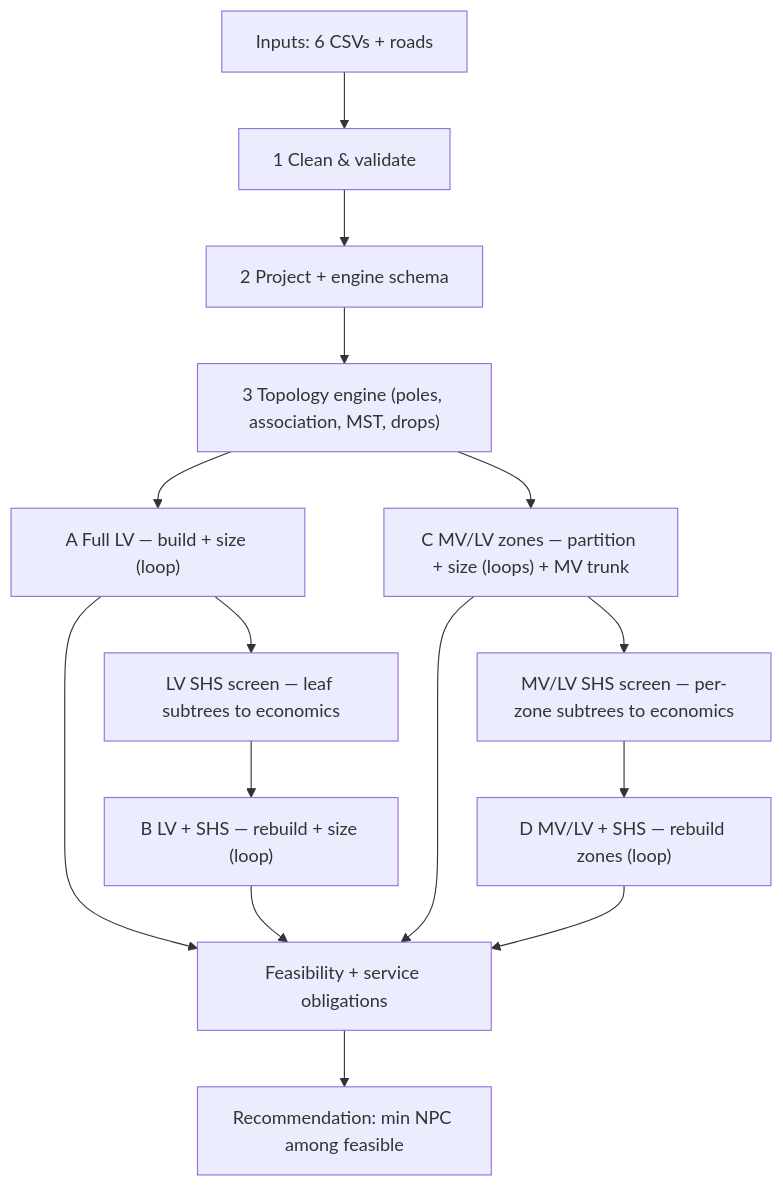
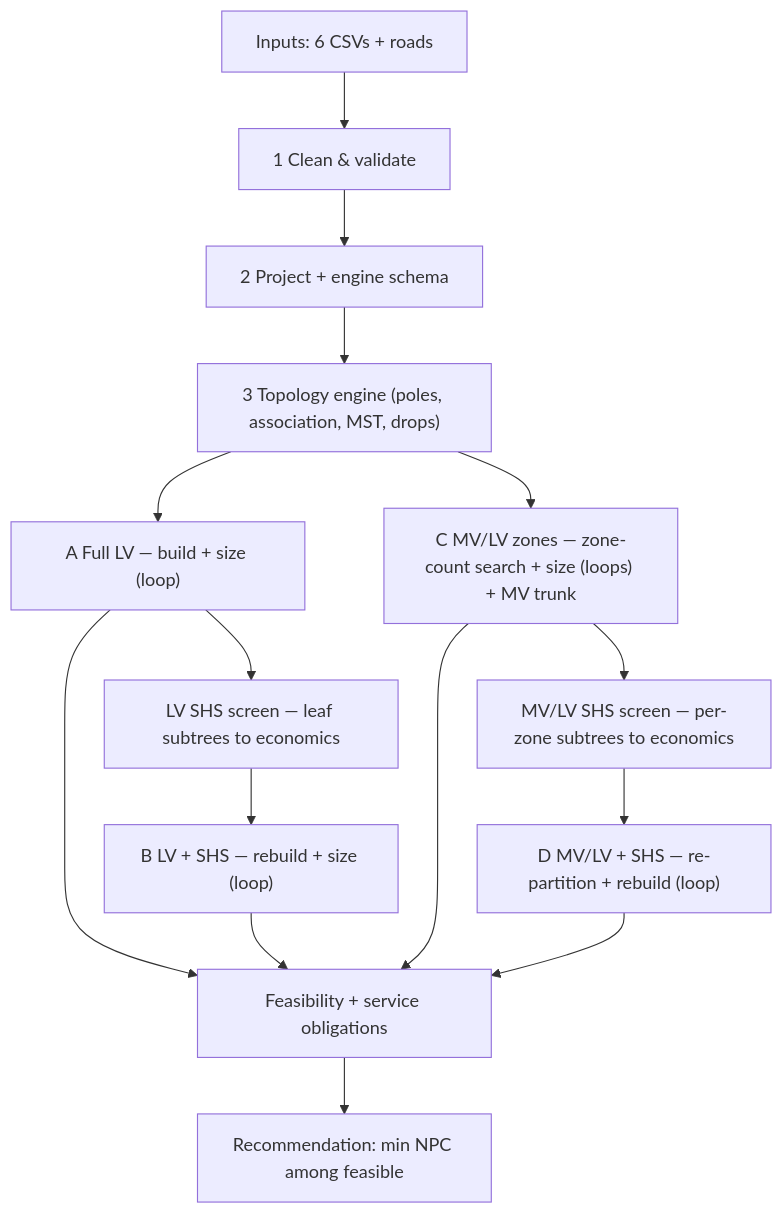
One commit to AleOnori98/lv-mv-shs-architecture-screener changed the diagram in docs/WORKFLOW.md. Above: the diagram before and after it, drawn with Mermaid. The commit also changed other lines of this file and 6 other files, not shown here.

````diff
--- a/docs/WORKFLOW.md
+++ b/docs/WORKFLOW.md
@@ -16,17 +17,17 @@
 ```mermaid
 flowchart TD
   IN["Inputs: 6 CSVs + roads"] --> CLEAN["1 Clean & validate"]
   CLEAN --> PROJ["2 Project + engine schema"]
   PROJ --> ENG["3 Topology engine (poles, association, MST, drops)"]
   ENG --> A["A Full LV — build + size (loop)"]
-  ENG --> C["C MV/LV zones — partition + size (loops) + MV trunk"]
+  ENG --> C["C MV/LV zones — zone-count search + size (loops) + MV trunk"]
   A --> LVS["LV SHS screen — leaf subtrees to economics"]
   LVS --> B["B LV + SHS — rebuild + size (loop)"]
   C --> MVS["MV/LV SHS screen — per-zone subtrees to economics"]
-  MVS --> D["D MV/LV + SHS — rebuild zones (loop)"]
+  MVS --> D["D MV/LV + SHS — re-partition + rebuild (loop)"]
   A --> EVAL["Feasibility + service obligations"]
   B --> EVAL
   C --> EVAL
   D --> EVAL
   EVAL --> REC["Recommendation: min NPC among feasible"]
 ```
````
